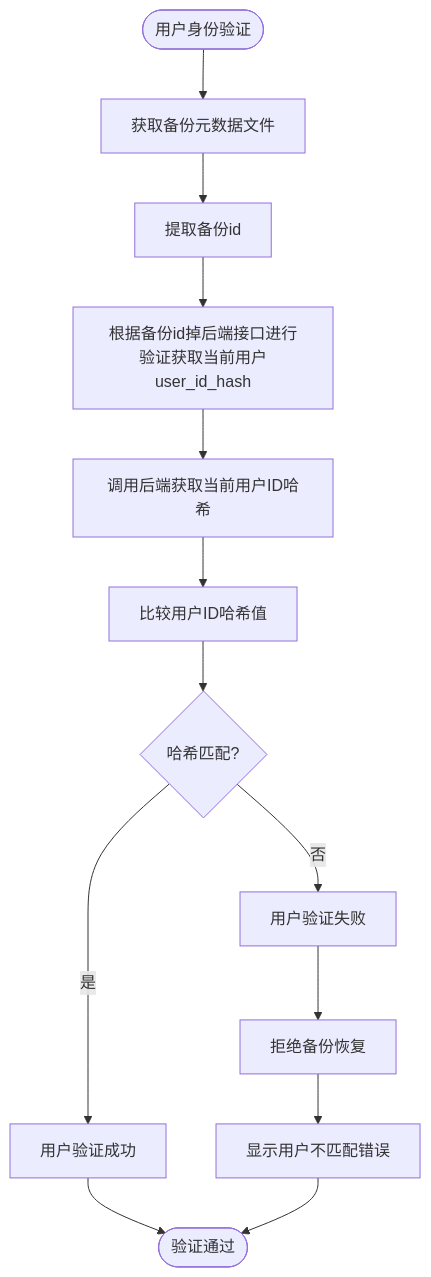
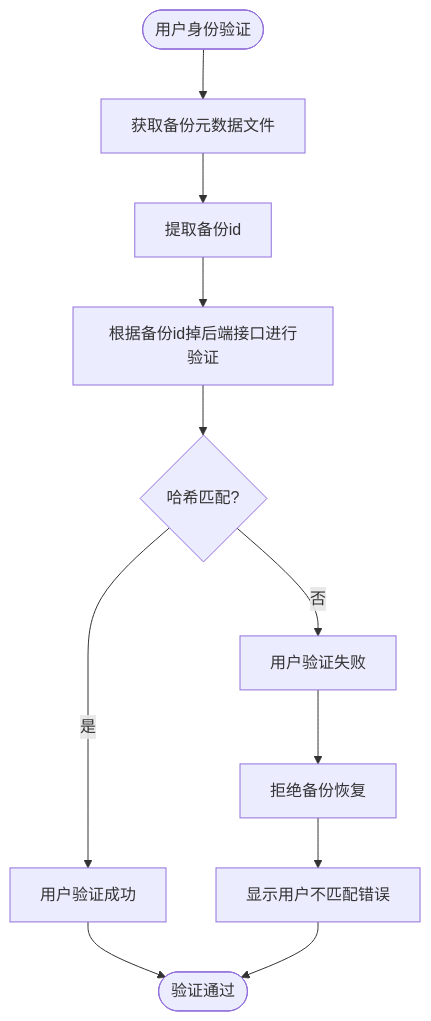
One commit to yingjianzh/iodraw-files changed the diagram in all/未命名-60.md. Above: the diagram before and after it, drawn with Mermaid.

Commit message:
2025-05-15 15:09:27 update

````diff
--- a/all/未命名-60.md
+++ b/all/未命名-60.md
@@ -1,21 +1,18 @@
 ```mermaid
 
 flowchart TD
     Start([用户身份验证]) --> DecryptMetadata[获取备份元数据文件]
     DecryptMetadata --> ExtractUserHash[提取备份id]
-    ExtractUserHash --> GetCurrentUser[根据备份id掉后端接口进行验证获取当前用户user_id_hash]
+    ExtractUserHash --> GetCurrentUser[根据备份id掉后端接口进行验证]
     
-    GetCurrentUser --> HashCurrentUser[调用后端获取当前用户ID哈希]
-    HashCurrentUser --> CompareHashes[比较用户ID哈希值]
-    
-    CompareHashes --> HashMatch{哈希匹配?}
+    GetCurrentUser -->  HashMatch{哈希匹配?}
     HashMatch -->|是| VerifySuccess[用户验证成功]
     HashMatch -->|否| VerifyFailure[用户验证失败]
     
     VerifySuccess --> End([验证通过])
     VerifyFailure --> RejectBackup[拒绝备份恢复]
     RejectBackup --> ShowUserError[显示用户不匹配错误]
     
     ShowUserError --> End
 
 ```
````
